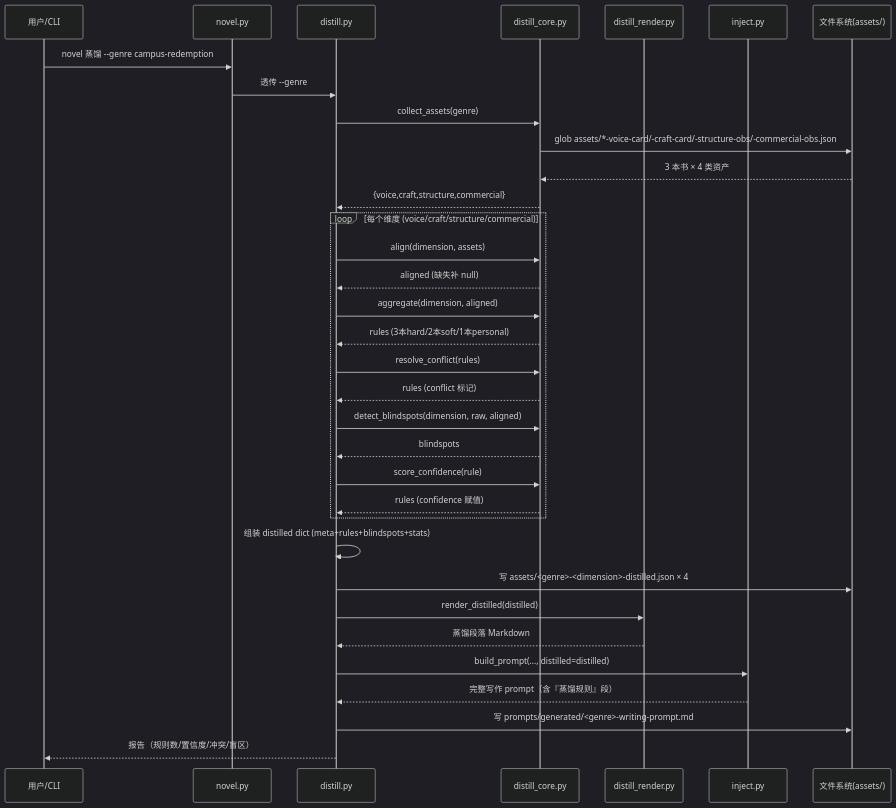
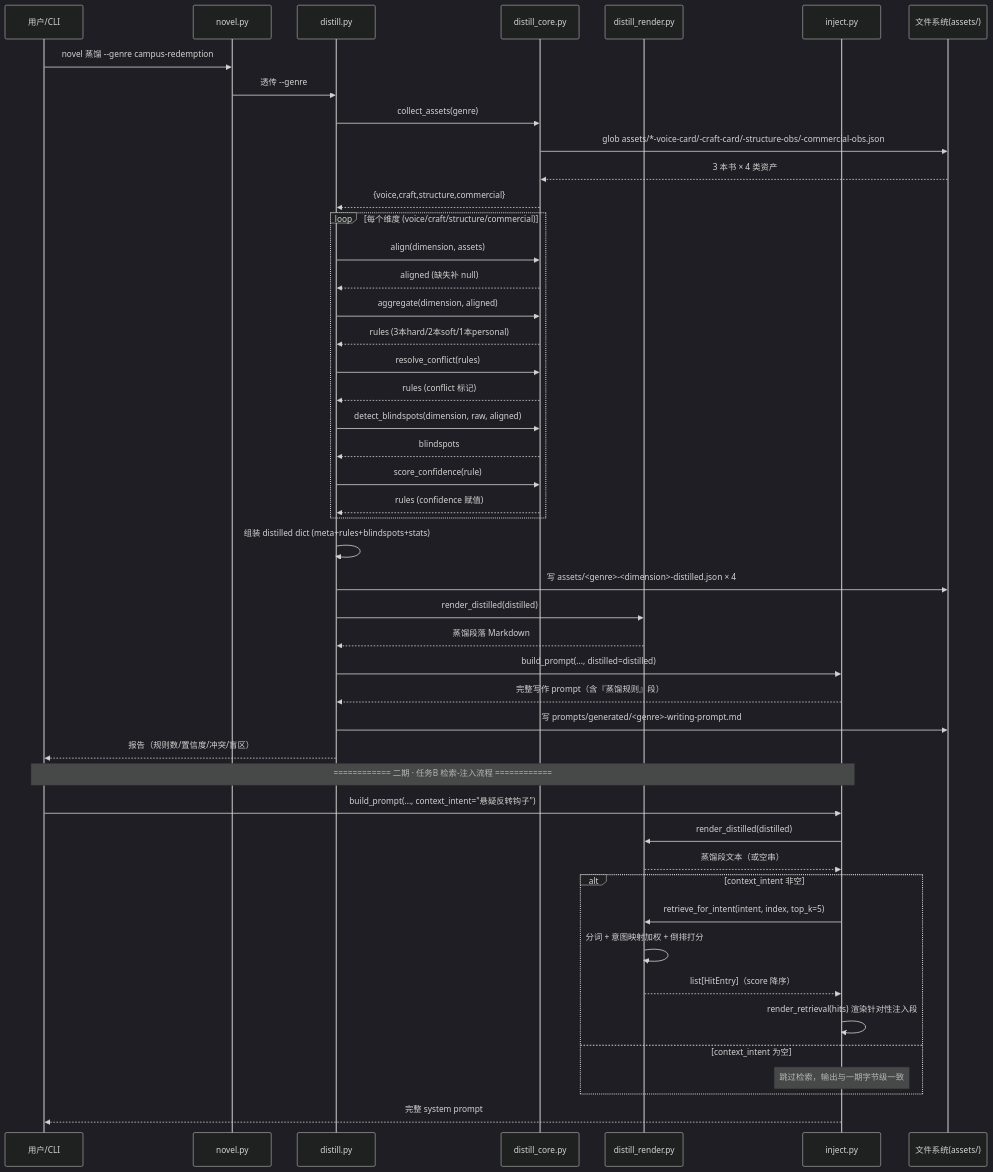
One commit to monesyilya3-Niko/novel-lab changed the diagram in docs/sequence-diagram.mermaid. Above: the diagram before and after it, drawn with Mermaid (dark theme). The commit also changed 11 other files, not shown here.

```diff
--- a/docs/sequence-diagram.mermaid
+++ b/docs/sequence-diagram.mermaid
@@ -1,37 +1,51 @@
 sequenceDiagram
     participant U as 用户/CLI
     participant N as novel.py
     participant D as distill.py
     participant C as distill_core.py
     participant R as distill_render.py
     participant I as inject.py
     participant FS as 文件系统(assets/)
 
     U->>N: novel 蒸馏 --genre campus-redemption
     N->>D: 透传 --genre
     D->>C: collect_assets(genre)
     C->>FS: glob assets/*-voice-card/-craft-card/-structure-obs/-commercial-obs.json
     FS-->>C: 3 本书 × 4 类资产
     C-->>D: {voice,craft,structure,commercial}
 
     loop 每个维度 (voice/craft/structure/commercial)
         D->>C: align(dimension, assets)
         C-->>D: aligned (缺失补 null)
         D->>C: aggregate(dimension, aligned)
         C-->>D: rules (3本hard/2本soft/1本personal)
         D->>C: resolve_conflict(rules)
         C-->>D: rules (conflict 标记)
         D->>C: detect_blindspots(dimension, raw, aligned)
         C-->>D: blindspots
         D->>C: score_confidence(rule)
         C-->>D: rules (confidence 赋值)
     end
 
     D->>D: 组装 distilled dict (meta+rules+blindspots+stats)
     D->>FS: 写 assets/<genre>-<dimension>-distilled.json × 4
     D->>R: render_distilled(distilled)
     R-->>D: 蒸馏段落 Markdown
     D->>I: build_prompt(..., distilled=distilled)
     I-->>D: 完整写作 prompt（含『蒸馏规则』段）
     D->>FS: 写 prompts/generated/<genre>-writing-prompt.md
     D-->>U: 报告（规则数/置信度/冲突/盲区）
+
+    Note over U,I: ============ 二期 · 任务B 检索-注入流程 ============
+    U->>I: build_prompt(..., context_intent="悬疑反转钩子")
+    I->>R: render_distilled(distilled)
+    R-->>I: 蒸馏段文本（或空串）
+    alt context_intent 非空
+        I->>R: retrieve_for_intent(intent, index, top_k=5)
+        R->>R: 分词 + 意图映射加权 + 倒排打分
+        R-->>I: list[HitEntry]（score 降序）
+        I->>I: render_retrieval(hits) 渲染针对性注入段
+    else context_intent 为空
+        Note over I: 跳过检索，输出与一期字节级一致
+    end
+    I-->>U: 完整 system prompt
```
